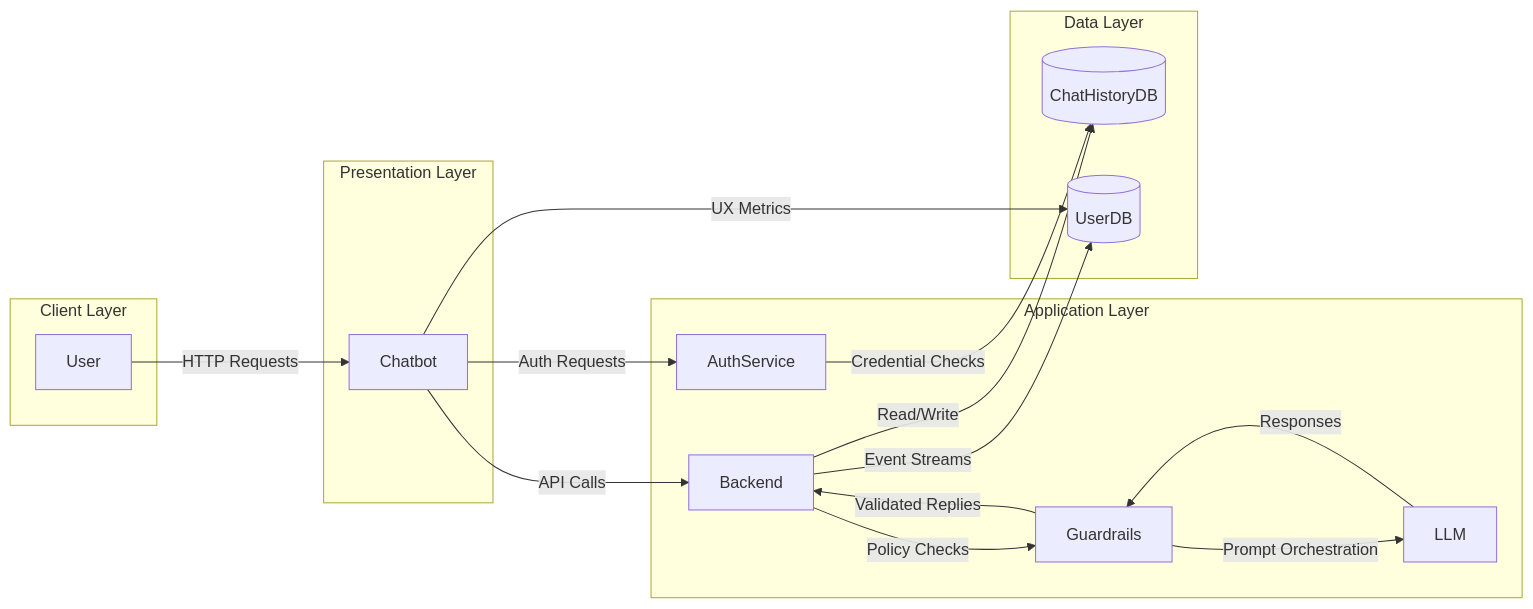
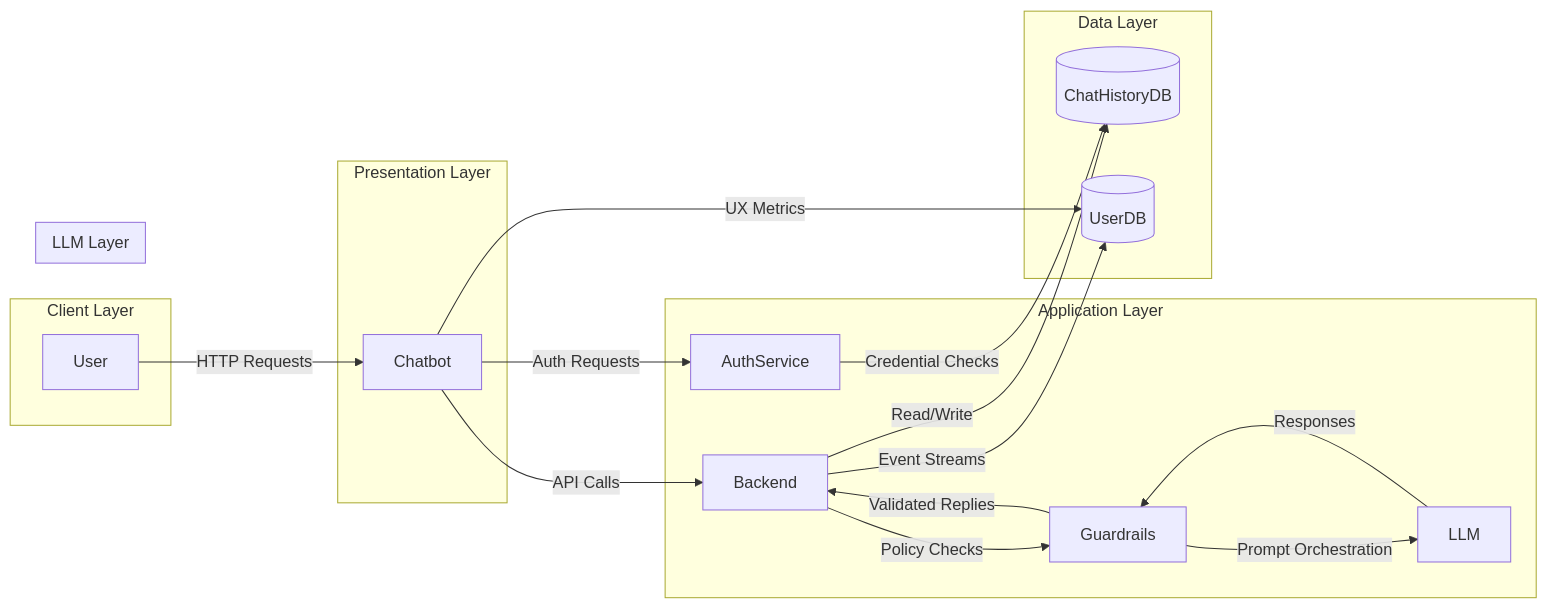
One commit to sidgyl-anz/guardrailsfe changed the third of 3 diagrams in diagrams.md. Above: the diagram before and after it, drawn with Mermaid.

````diff
--- a/diagrams.md
+++ b/diagrams.md
@@ -47,34 +47,38 @@
 ```mermaid
 flowchart LR
     subgraph Client Layer
         U[User]
     end
 
     subgraph Presentation Layer
         W[Chatbot]
     end
 
     subgraph Application Layer
         B[Backend]
         G[Guardrails]
         M[LLM]
         A[AuthService]
+    end
+
+    subgraph LLM Layer
+        M[LLM]
     end
 
     subgraph Data Layer
         D[(ChatHistoryDB)]
         L[(UserDB)]
     end
 
     U -- HTTP Requests --> W
     W -- API Calls --> B
     W -- Auth Requests --> A
     B -- Policy Checks --> G
     G -- Prompt Orchestration --> M
     M -- Responses --> G
     G -- Validated Replies --> B
     B -- Read/Write --> D
     A -- Credential Checks --> D
     B -- Event Streams --> L
     W -- UX Metrics --> L
 ```
````
